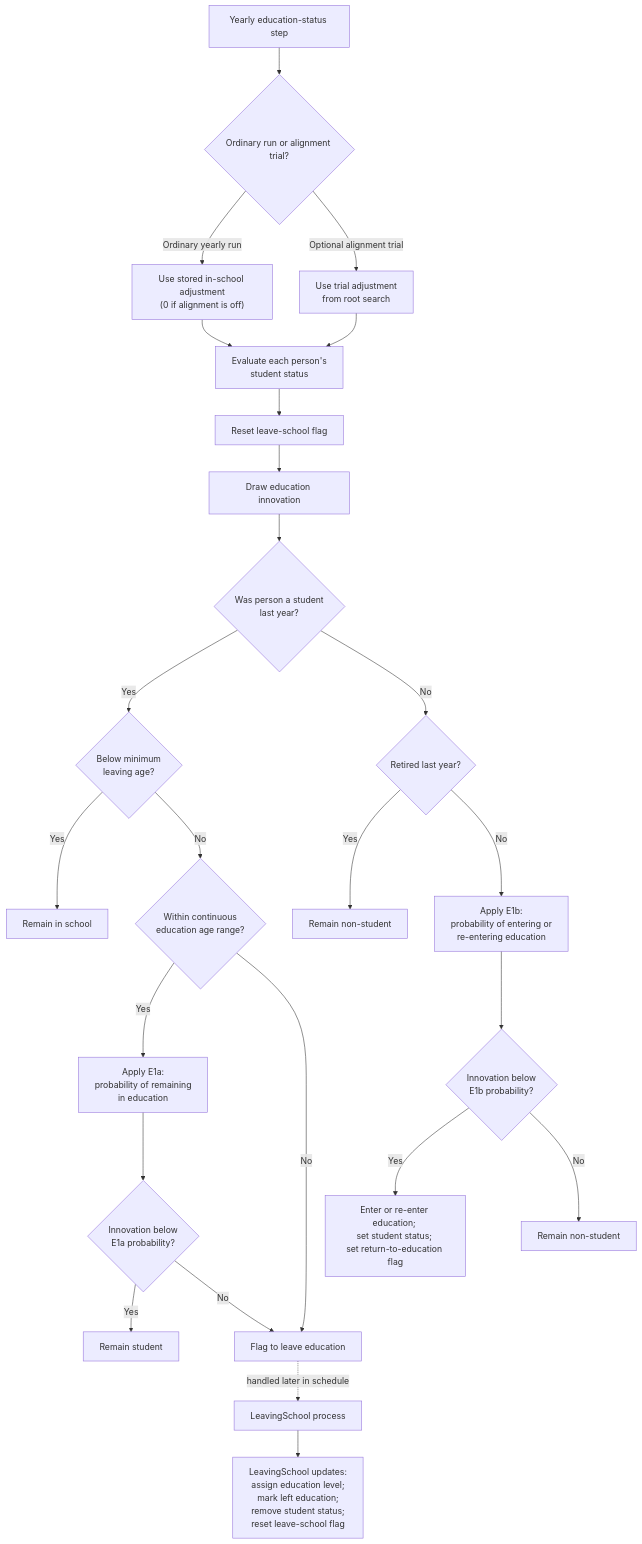
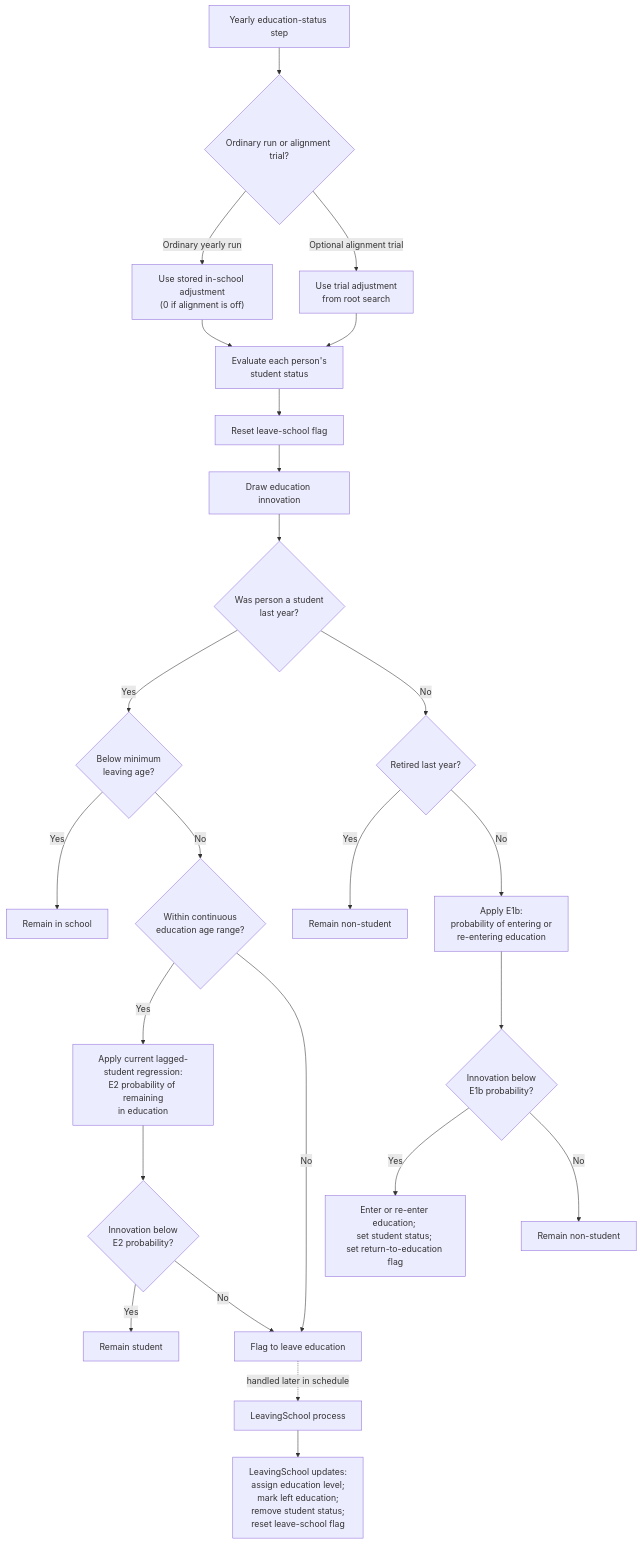
The diagram in documentation/flowcharts/modules/inschool.md (centreformicrosimulation/SimPaths), drawn with Mermaid before and after one commit. The commit also changed other lines of this file and 2 other files, not shown here.

````diff
--- a/documentation/flowcharts/modules/inschool.md
+++ b/documentation/flowcharts/modules/inschool.md
@@ -115,31 +115,31 @@
 ```mermaid
 flowchart TD
     A["Yearly education-status step"] --> B{"Ordinary run or alignment trial?"}
     B -- Ordinary yearly run --> C["Use stored in-school adjustment<br/>(0 if alignment is off)"]
     B -- Optional alignment trial --> D["Use trial adjustment<br/>from root search"]
     C --> E["Evaluate each person's<br/>student status"]
     D --> E
 
     E --> F["Reset leave-school flag"]
     F --> G["Draw education innovation"]
     G --> H{"Was person a student<br/>last year?"}
 
     H -- Yes --> I{"Below minimum<br/>leaving age?"}
     I -- Yes --> J["Remain in school"]
     I -- No --> K{"Within continuous<br/>education age range?"}
-    K -- Yes --> M["Apply E1a:<br/>probability of remaining<br/>in education"]
+    K -- Yes --> M["Apply current lagged-student regression:<br/>E2 probability of remaining<br/>in education"]
     K -- No --> L["Flag to leave education"]
-    M --> N{"Innovation below<br/>E1a probability?"}
+    M --> N{"Innovation below<br/>E2 probability?"}
     N -- Yes --> O["Remain student"]
     N -- No --> L
 
     H -- No --> P{"Retired last year?"}
     P -- Yes --> Q["Remain non-student"]
     P -- No --> R["Apply E1b:<br/>probability of entering or<br/>re-entering education"]
     R --> S{"Innovation below<br/>E1b probability?"}
     S -- Yes --> T["Enter or re-enter education; <br/>set student status; <br/>set return-to-education flag"]
     S -- No --> U["Remain non-student"]
 
     L -. "handled later in schedule" .-> V["LeavingSchool process"]
     V --> W["LeavingSchool updates:<br/>assign education level; <br/>mark left education; <br/>remove student status; <br/>reset leave-school flag"]
 ```
````
